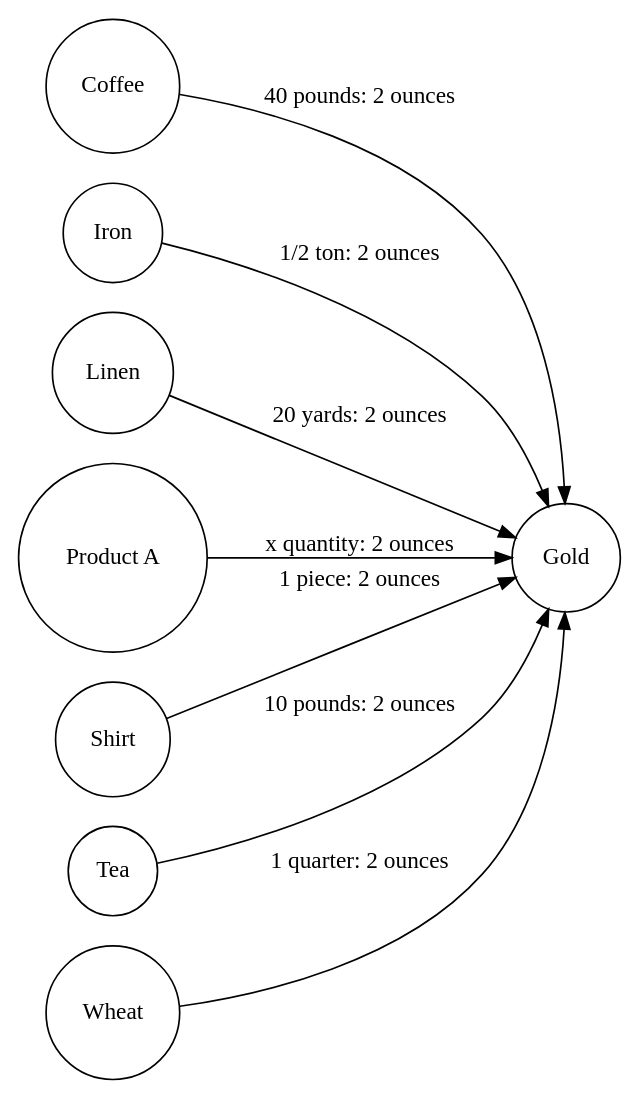
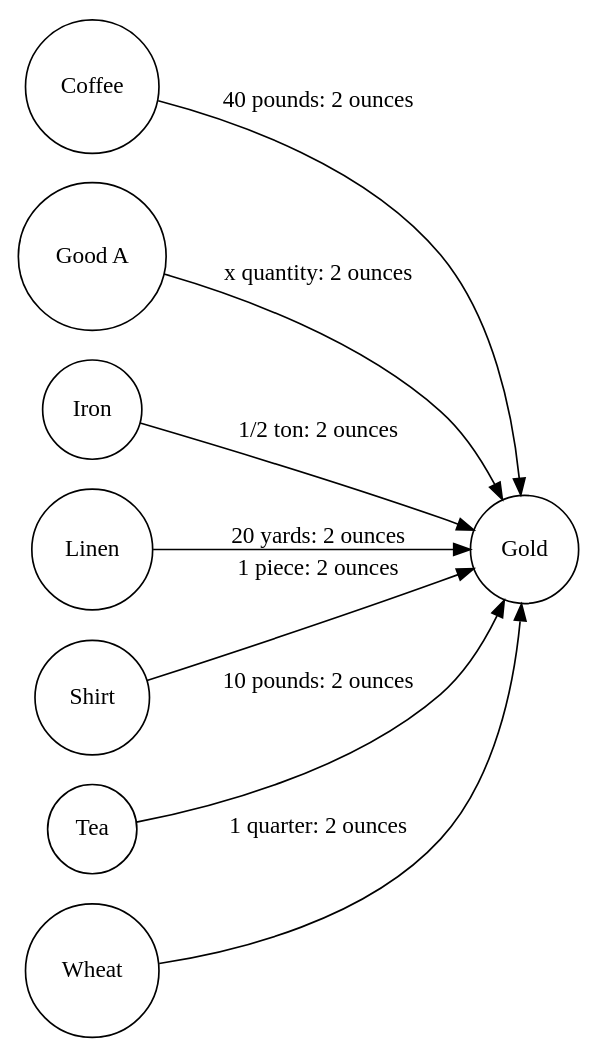
Before and after one commit to Wangsutan/Kapital: the diagram in 资本的生产过程/价值形式理论/价值形式/datas_graphs_generated/money.dot, drawn with Graphviz. The commit also changed 360 other files, not shown here.

```diff
--- a/资本的生产过程/价值形式理论/价值形式/datas_graphs_generated/money.dot
+++ b/资本的生产过程/价值形式理论/价值形式/datas_graphs_generated/money.dot
@@ -1,11 +1,11 @@
 digraph 价值形式理论 {
     rankdir=LR;
     node [shape=circle];
     "Coffee" -> "Gold" [label="40 pounds: 2 ounces"];
+    "Good A" -> "Gold" [label="x quantity: 2 ounces"];
     "Iron" -> "Gold" [label="1/2 ton: 2 ounces"];
     "Linen" -> "Gold" [label="20 yards: 2 ounces"];
-    "Product A" -> "Gold" [label="x quantity: 2 ounces"];
     "Shirt" -> "Gold" [label="1 piece: 2 ounces"];
     "Tea" -> "Gold" [label="10 pounds: 2 ounces"];
     "Wheat" -> "Gold" [label="1 quarter: 2 ounces"];
 }
```
